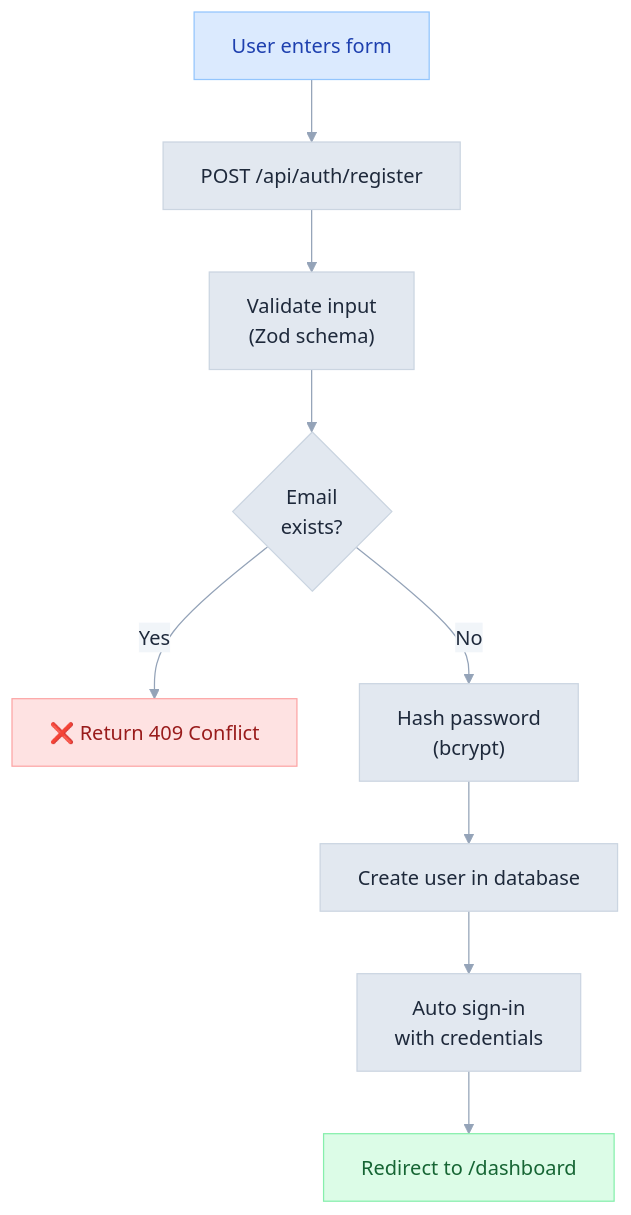
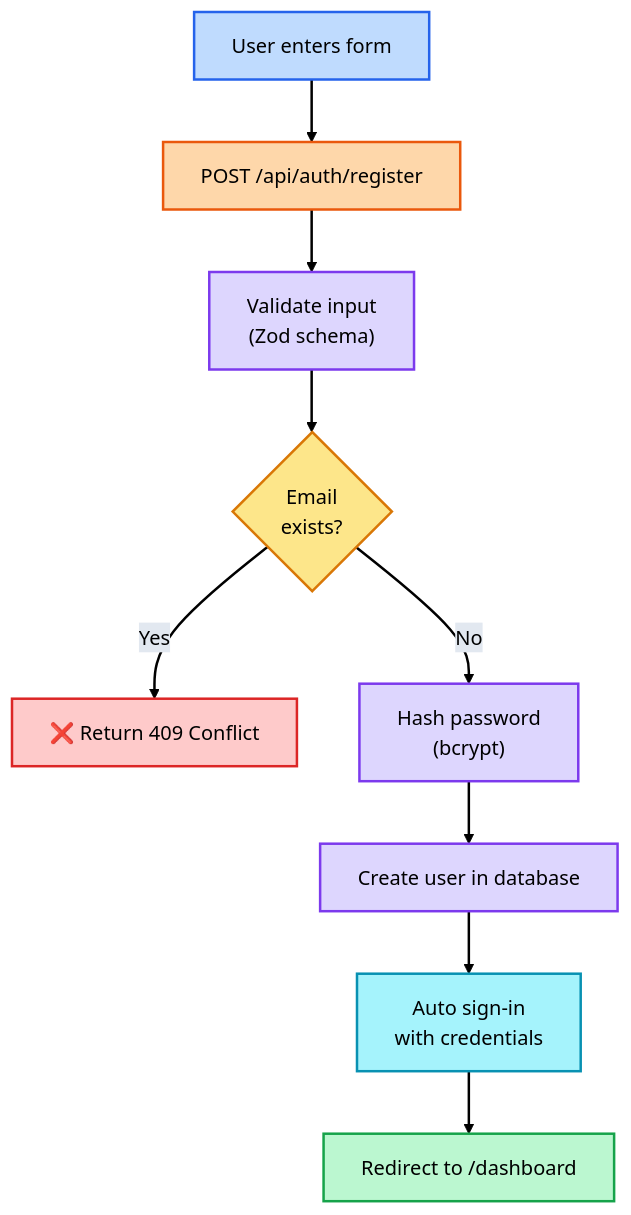
One commit to 3DHDSoft/devmultiplier-academy changed the third of 5 diagrams in doc/authentication-guide.md. Above: the diagram before and after it, drawn with Mermaid. The commit also changed other lines of this file and 17 other files, not shown here.

````diff
--- a/doc/authentication-guide.md
+++ b/doc/authentication-guide.md
@@ -171,25 +196,35 @@
 ```mermaid
 %%{init: {'theme': 'base', 'themeVariables': {
-  'primaryColor': '#e2e8f0',
-  'primaryTextColor': '#1e293b',
-  'primaryBorderColor': '#cbd5e1',
-  'lineColor': '#94a3b8',
-  'secondaryColor': '#f1f5f9',
-  'tertiaryColor': '#f8fafc',
+  'primaryColor': '#bfdbfe',
+  'primaryTextColor': '#000000',
+  'primaryBorderColor': '#3b82f6',
+  'lineColor': '#000000',
+  'secondaryColor': '#ddd6fe',
+  'tertiaryColor': '#a5f3fc',
   'background': '#ffffff',
-  'textColor': '#334155',
+  'textColor': '#000000',
+  'edgeLabelBackground': '#e2e8f0',
   'fontFamily': 'system-ui, -apple-system, sans-serif'
-}}}%%flowchart TD
+}}}%%
+flowchart TD
     A["User enters form"] --> B["POST /api/auth/register"]
     B --> C["Validate input<br/>(Zod schema)"]
     C --> D{"Email<br/>exists?"}
     D -->|Yes| E["❌ Return 409 Conflict"]
     D -->|No| F["Hash password<br/>(bcrypt)"]
     F --> G["Create user in database"]
     G --> H["Auto sign-in<br/>with credentials"]
     H --> I["Redirect to /dashboard"]
 
-    style A fill:#dbeafe,stroke:#93c5fd,color:#1e40af
-    style I fill:#dcfce7,stroke:#86efac,color:#166534
-    style E fill:#fee2e2,stroke:#fca5a5,color:#991b1b
+    style A fill:#bfdbfe,stroke:#2563eb,color:#000000,stroke-width:2px
+    style B fill:#fed7aa,stroke:#ea580c,color:#000000,stroke-width:2px
+    style C fill:#ddd6fe,stroke:#7c3aed,color:#000000,stroke-width:2px
+    style D fill:#fde68a,stroke:#d97706,color:#000000,stroke-width:2px
+    style E fill:#fecaca,stroke:#dc2626,color:#000000,stroke-width:2px
+    style F fill:#ddd6fe,stroke:#7c3aed,color:#000000,stroke-width:2px
+    style G fill:#ddd6fe,stroke:#7c3aed,color:#000000,stroke-width:2px
+    style H fill:#a5f3fc,stroke:#0891b2,color:#000000,stroke-width:2px
+    style I fill:#bbf7d0,stroke:#16a34a,color:#000000,stroke-width:2px
+
+    linkStyle default stroke:#000000,stroke-width:2px
 ```
````
